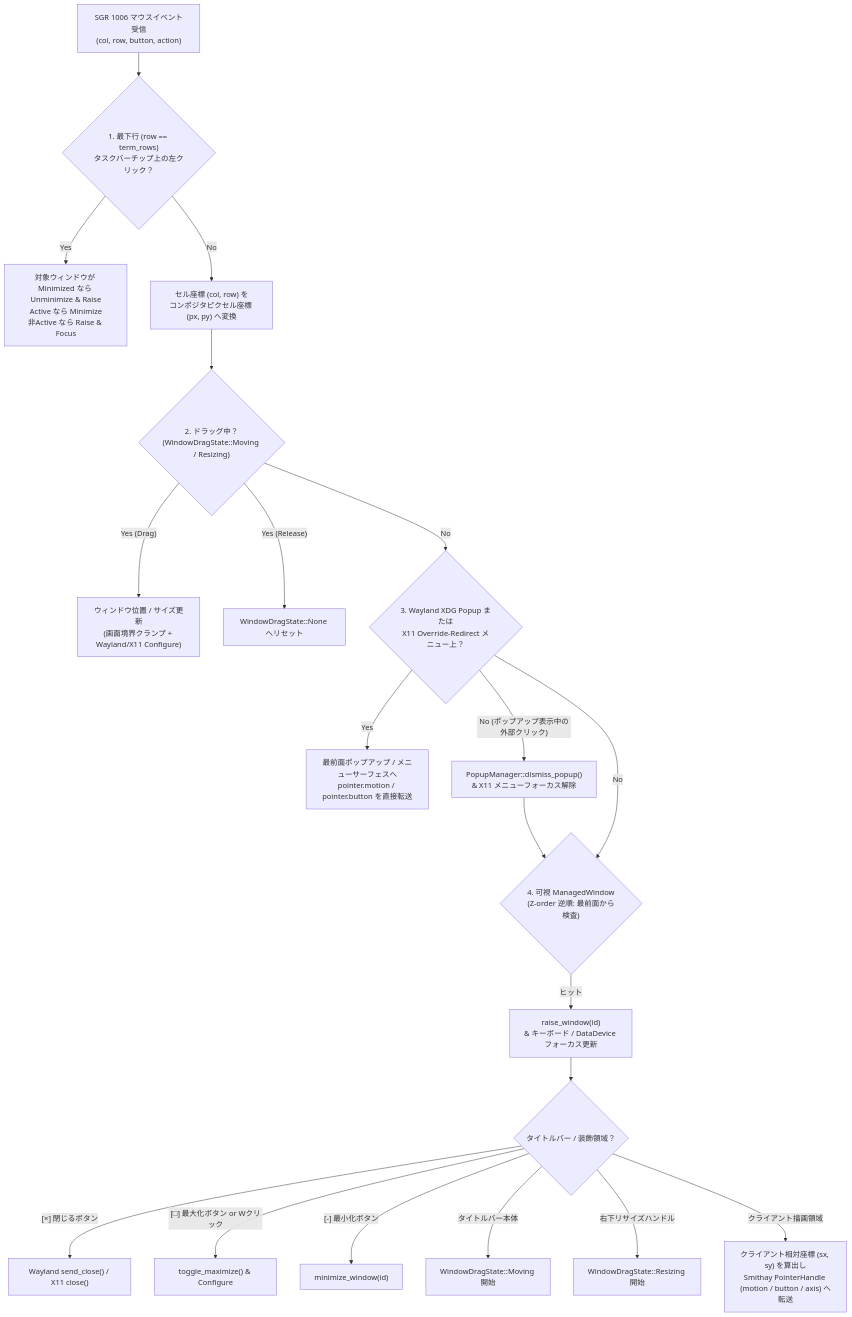
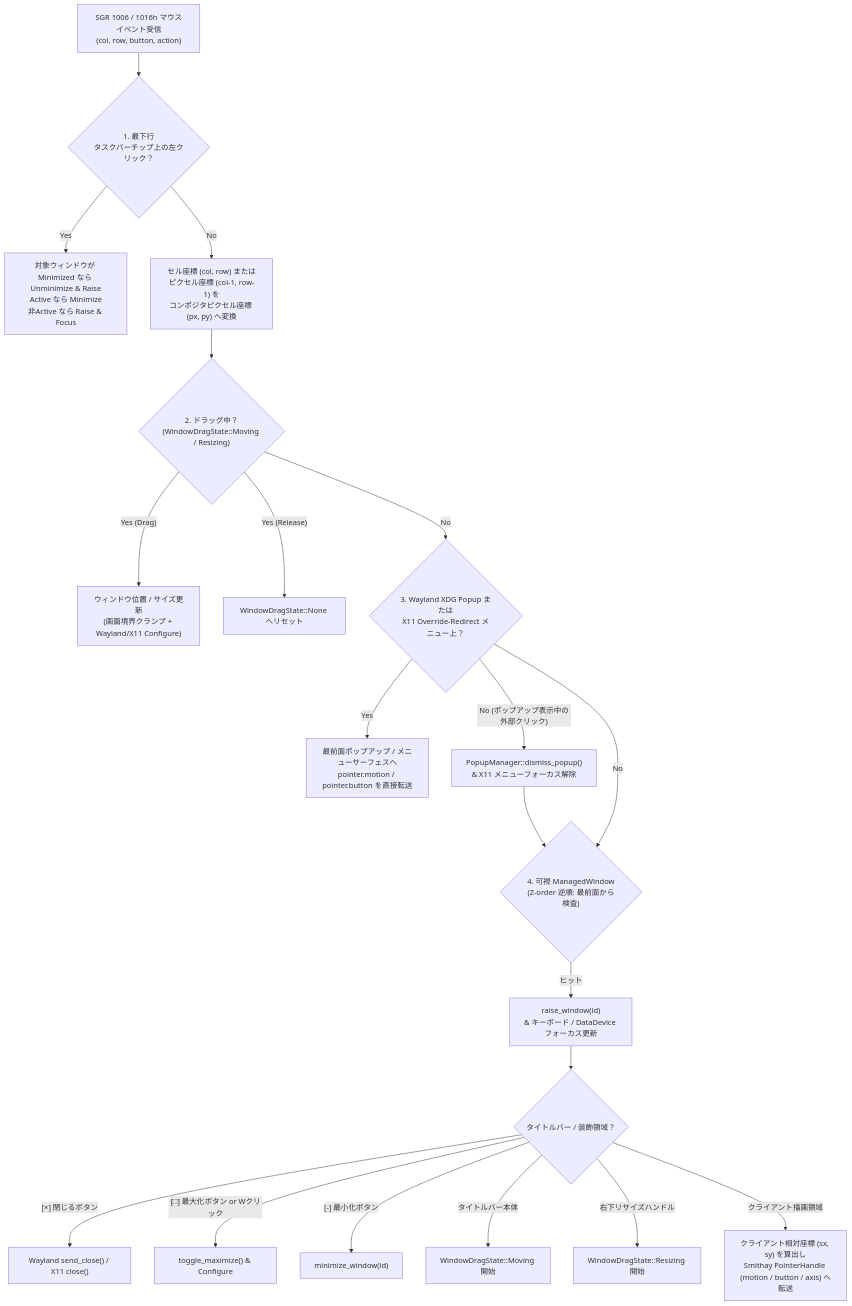
Before and after one commit to totatake/termway: the sixth of 7 diagrams in docs/ARCHITECTURE.md, drawn with Mermaid. The commit also changed other lines of this file and 6 other files, not shown here.

````diff
--- a/docs/ARCHITECTURE.md
+++ b/docs/ARCHITECTURE.md
@@ -463,27 +463,27 @@
 ```mermaid
 flowchart TD
-    MouseEv["SGR 1006 マウスイベント受信<br/>(col, row, button, action)"] --> CheckTaskbar{"1. 最下行 (row == term_rows)<br/>タスクバーチップ上の左クリック？"}
+    MouseEv["SGR 1006 / 1016h マウスイベント受信<br/>(col, row, button, action)"] --> CheckTaskbar{"1. 最下行<br/>タスクバーチップ上の左クリック？"}
 
     CheckTaskbar -->|"Yes"| TaskbarAction["対象ウィンドウが Minimized なら Unminimize & Raise<br/>Active なら Minimize<br/>非Active なら Raise & Focus"]
-    CheckTaskbar -->|"No"| MapCoord["セル座標 (col, row) を<br/>コンポジタピクセル座標 (px, py) へ変換"]
+    CheckTaskbar -->|"No"| MapCoord["セル座標 (col, row) または<br/>ピクセル座標 (col-1, row-1) を<br/>コンポジタピクセル座標 (px, py) へ変換"]
 
     MapCoord --> CheckDrag{"2. ドラッグ中？<br/>(WindowDragState::Moving / Resizing)"}
     CheckDrag -->|"Yes (Drag)"| UpdateDrag["ウィンドウ位置 / サイズ更新<br/>(画面境界クランプ + Wayland/X11 Configure)"]
     CheckDrag -->|"Yes (Release)"| EndDrag["WindowDragState::None へリセット"]
     CheckDrag -->|"No"| CheckPopup{"3. Wayland XDG Popup または<br/>X11 Override-Redirect メニュー上？"}
 
     CheckPopup -->|"Yes"| RoutePopup["最前面ポップアップ / メニューサーフェスへ<br/>pointer.motion / pointer.button を直接転送"]
     CheckPopup -->|"No (ポップアップ表示中の外部クリック)"| DismissPopup["PopupManager::dismiss_popup()<br/>& X11 メニューフォーカス解除"]
 
     DismissPopup --> CheckWM
     CheckPopup -->|"No"| CheckWM{"4. 可視 ManagedWindow<br/>(Z-order 逆順: 最前面から検査)"}
 
     CheckWM -->|"ヒット"| RaiseWin["raise_window(id)<br/>& キーボード / DataDevice フォーカス更新"]
     RaiseWin --> CheckButtons{"タイトルバー / 装飾領域？"}
     CheckButtons -->|"[×] 閉じるボタン"| CloseAct["Wayland send_close() / X11 close()"]
     CheckButtons -->|"[□] 最大化ボタン or Wクリック"| MaxAct["toggle_maximize() & Configure"]
     CheckButtons -->|"[-] 最小化ボタン"| MinAct["minimize_window(id)"]
     CheckButtons -->|"タイトルバー本体"| StartMove["WindowDragState::Moving 開始"]
     CheckButtons -->|"右下リサイズハンドル"| StartResize["WindowDragState::Resizing 開始"]
     CheckButtons -->|"クライアント描画領域"| ForwardClient["クライアント相対座標 (sx, sy) を算出し<br/>Smithay PointerHandle (motion / button / axis) へ転送"]
 ```
````
